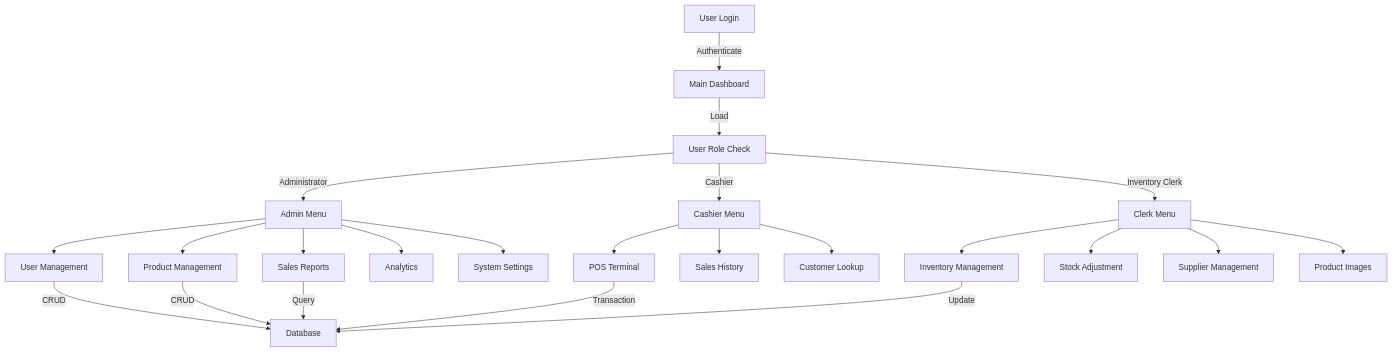
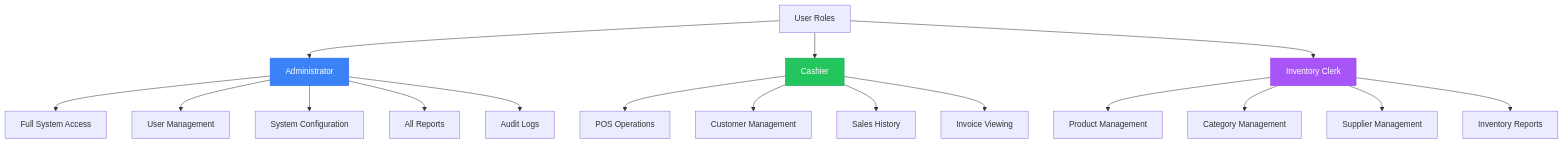
Before and after one commit to EIRSVi/Sync-Verse-Studio: the sixth of 11 diagrams in README.md, drawn with Mermaid. The commit also changed other lines of this file and 7 other files, not shown here.

````diff
--- a/README.md
+++ b/README.md
@@ -274,30 +1159,26 @@
 ```mermaid
 graph TD
-    A[User Login] -->|Authenticate| B[Main Dashboard]
-    B -->|Load| C[User Role Check]
-
-    C -->|Administrator| D[Admin Menu]
-    C -->|Cashier| E[Cashier Menu]
-    C -->|Inventory Clerk| F[Clerk Menu]
-
-    D --> D1[User Management]
-    D --> D2[Product Management]
-    D --> D3[Sales Reports]
-    D --> D4[Analytics]
-    D --> D5[System Settings]
-
-    E --> E1[POS Terminal]
-    E --> E2[Sales History]
-    E --> E3[Customer Lookup]
-
-    F --> F1[Inventory Management]
-    F --> F2[Stock Adjustment]
-    F --> F3[Supplier Management]
-    F --> F4[Product Images]
-
-    D1 -->|CRUD| G[Database]
-    D2 -->|CRUD| G
-    D3 -->|Query| G
-    E1 -->|Transaction| G
-    F1 -->|Update| G
+    A[User Roles] --> B[Administrator]
+    A --> C[Cashier]
+    A --> D[Inventory Clerk]
+    
+    B --> B1[Full System Access]
+    B --> B2[User Management]
+    B --> B3[System Configuration]
+    B --> B4[All Reports]
+    B --> B5[Audit Logs]
+    
+    C --> C1[POS Operations]
+    C --> C2[Customer Management]
+    C --> C3[Sales History]
+    C --> C4[Invoice Viewing]
+    
+    D --> D1[Product Management]
+    D --> D2[Category Management]
+    D --> D3[Supplier Management]
+    D --> D4[Inventory Reports]
+    
+    style B fill:#3B82F6,stroke:#2563EB,color:#fff
+    style C fill:#22C55E,stroke:#16A34A,color:#fff
+    style D fill:#A855F7,stroke:#9333EA,color:#fff
 ```
````
